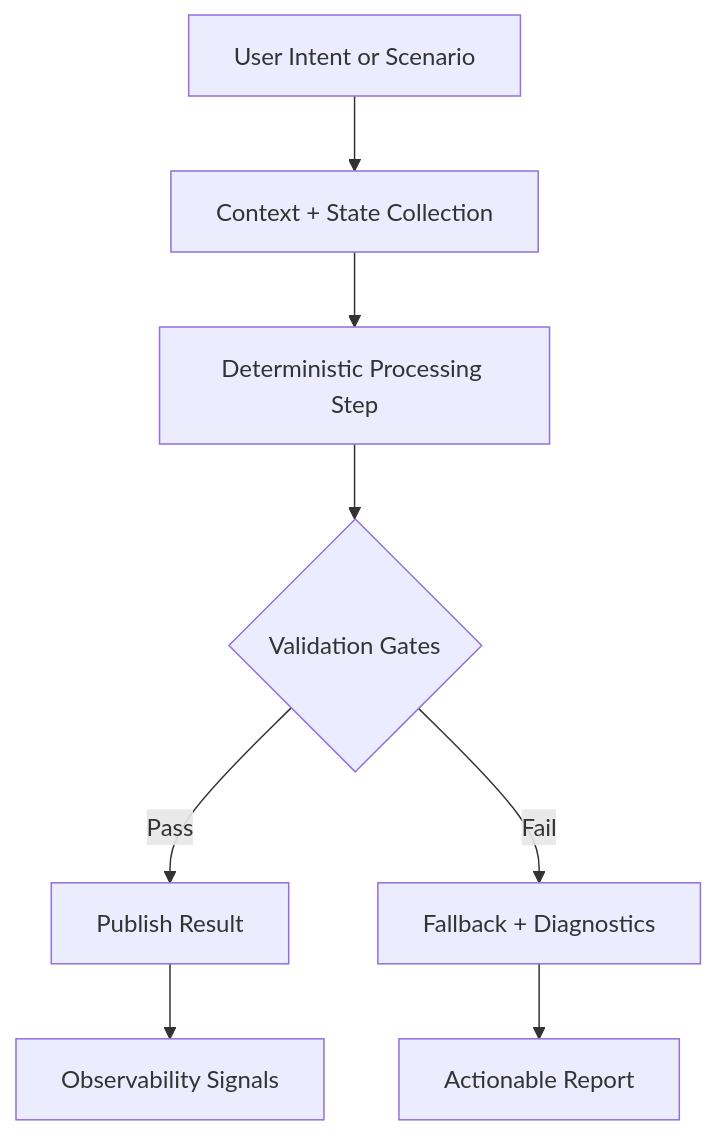
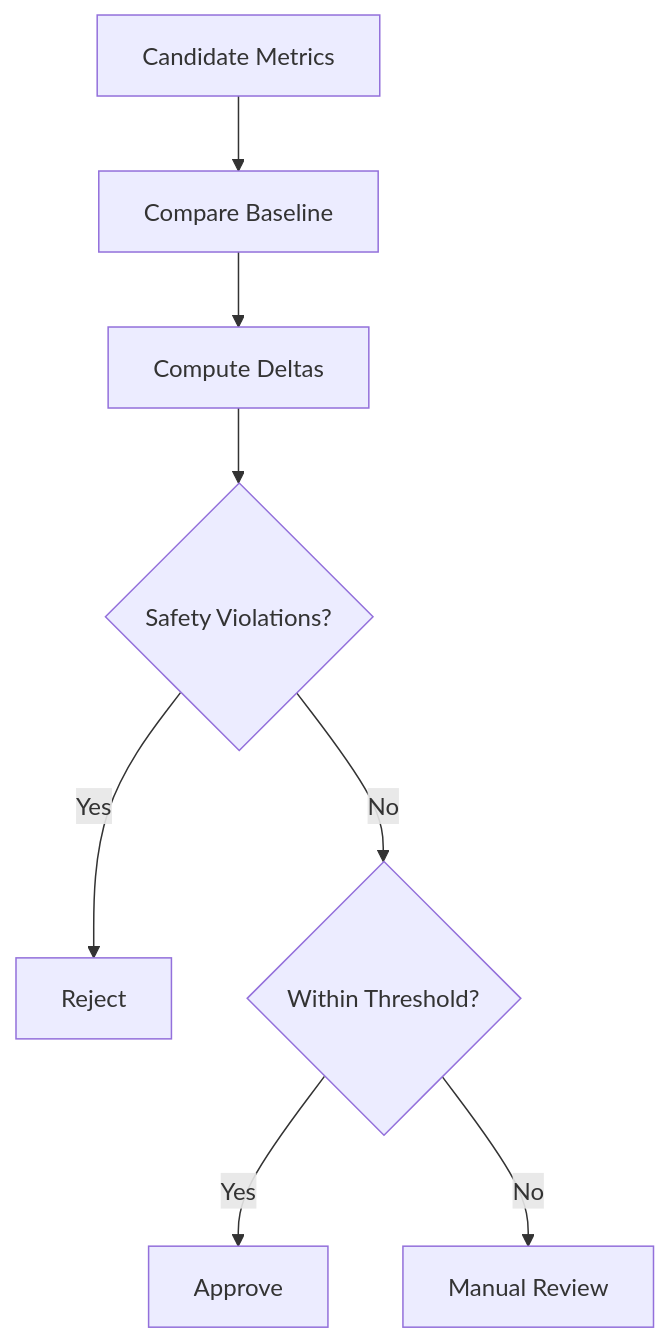
One commit to MariumAfzal2703/physical-ai-humanoid-robotics-textbook changed the diagram in docs/module-2-simulation/metrics-regression-gates.mdx. Above: the diagram before and after it, drawn with Mermaid. The commit also changed other lines of this file and 13 other files, not shown here.

````diff
--- a/docs/module-2-simulation/metrics-regression-gates.mdx
+++ b/docs/module-2-simulation/metrics-regression-gates.mdx
@@ -17,10 +46,10 @@
 ```mermaid
 flowchart TD
-  A[User Intent or Scenario] --> B[Context + State Collection]
-  B --> C[Deterministic Processing Step]
-  C --> D{Validation Gates}
-  D -- Pass --> E[Publish Result]
-  D -- Fail --> F[Fallback + Diagnostics]
-  F --> G[Actionable Report]
-  E --> H[Observability Signals]
+  A[Candidate Metrics] --> B[Compare Baseline]
+  B --> C[Compute Deltas]
+  C --> D{Safety Violations?}
+  D -- Yes --> E[Reject]
+  D -- No --> F{Within Threshold?}
+  F -- Yes --> G[Approve]
+  F -- No --> H[Manual Review]
 ```
````
